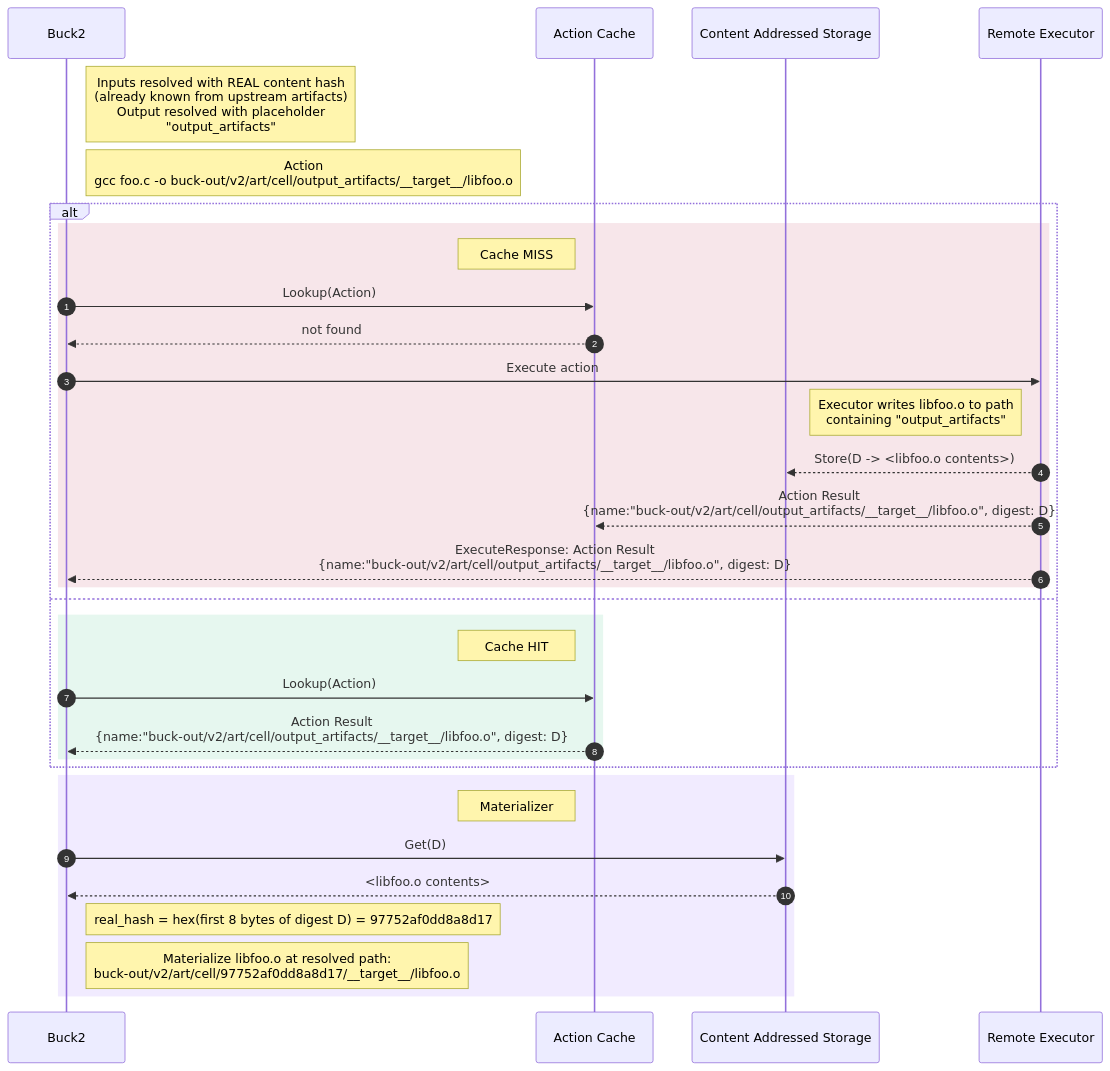
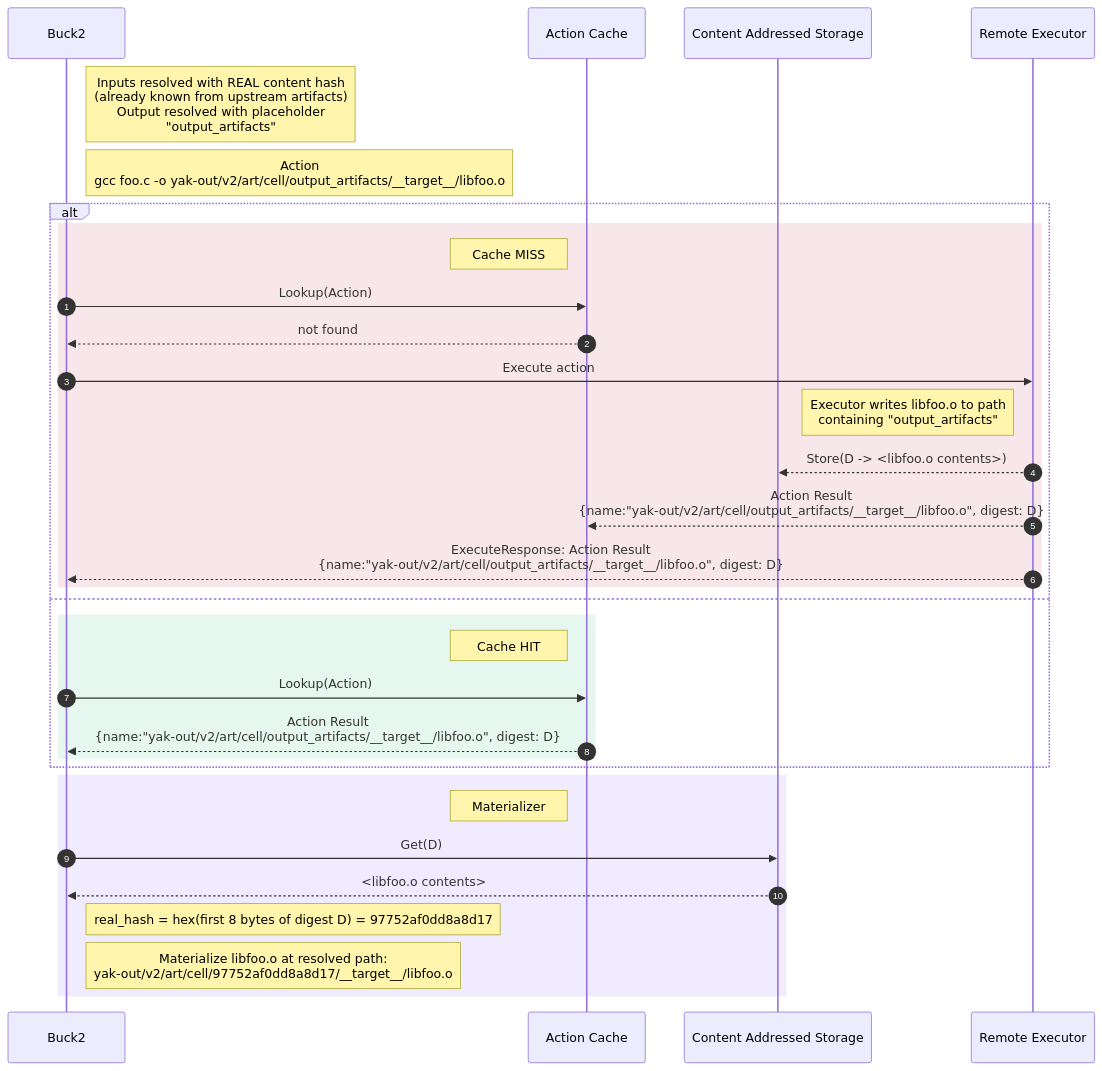
Before and after one commit to rdeusser/yak: the first of 4 diagrams in website/docs/rule_authors/content_based_paths.md, drawn with Mermaid. The commit also changed other lines of this file and 3740 other files, not shown here.

````diff
--- a/website/docs/rule_authors/content_based_paths.md
+++ b/website/docs/rule_authors/content_based_paths.md
@@ -120,35 +120,35 @@
 ```mermaid
 sequenceDiagram
     autonumber
     participant B as Buck2
     participant AC as Action Cache
     participant CAS as Content Addressed Storage
     participant RE as Remote Executor
     Note right of B: Inputs resolved with REAL content hash<br/>(already known from upstream artifacts)<br/>Output resolved with placeholder<br/>"output_artifacts"
-    Note right of B: Action<br/>gcc foo.c -o buck-out/v2/art/cell/output_artifacts/__target__/libfoo.o
+    Note right of B: Action<br/>gcc foo.c -o yak-out/v2/art/cell/output_artifacts/__target__/libfoo.o
     alt
         rect rgb(247 230 234)
         Note left of AC: Cache MISS
         B->>AC: Lookup(Action)
         AC-->>B: not found
         B->>RE: Execute action
         Note left of RE: Executor writes libfoo.o to path<br/>containing "output_artifacts"
         RE-->>CAS: Store(D -> <libfoo.o contents>)
-        RE-->>AC: Action Result<br/>{name:"buck-out/v2/art/cell/output_artifacts/__target__/libfoo.o", digest: D}
-        RE-->>B: ExecuteResponse: Action Result<br/>{name:"buck-out/v2/art/cell/output_artifacts/__target__/libfoo.o", digest: D}
+        RE-->>AC: Action Result<br/>{name:"yak-out/v2/art/cell/output_artifacts/__target__/libfoo.o", digest: D}
+        RE-->>B: ExecuteResponse: Action Result<br/>{name:"yak-out/v2/art/cell/output_artifacts/__target__/libfoo.o", digest: D}
         end
     else
         rect rgb(230 247 239)
         Note left of AC: Cache HIT
         B->>AC: Lookup(Action)
-        AC-->>B: Action Result<br/>{name:"buck-out/v2/art/cell/output_artifacts/__target__/libfoo.o", digest: D}
+        AC-->>B: Action Result<br/>{name:"yak-out/v2/art/cell/output_artifacts/__target__/libfoo.o", digest: D}
         end
     end
     rect rgb(241 235 255)
     Note left of AC: Materializer
     B->>CAS: Get(D)
     CAS-->>B: <libfoo.o contents>
     Note right of B: real_hash = hex(first 8 bytes of digest D) = 97752af0dd8a8d17
-    Note right of B: Materialize libfoo.o at resolved path:<br/>buck-out/v2/art/cell/97752af0dd8a8d17/__target__/libfoo.o
+    Note right of B: Materialize libfoo.o at resolved path:<br/>yak-out/v2/art/cell/97752af0dd8a8d17/__target__/libfoo.o
     end
 ```
````
